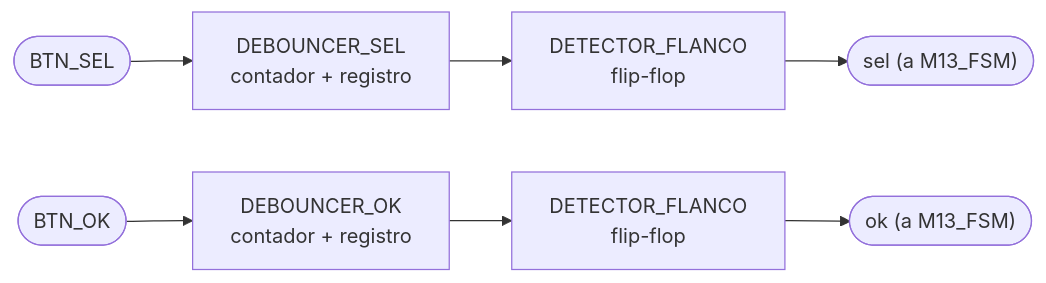
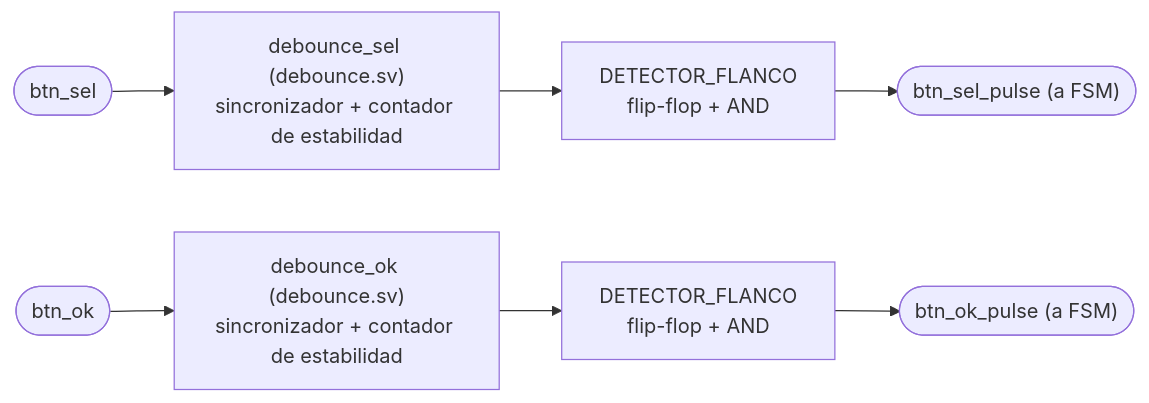
Before and after one commit to Taller-de-diseno-digital-GR01/Proyecto-2-Ahorcado: the tenth of 14 diagrams in docs/diseño/diagramas/nivel03.md, drawn with Mermaid. The commit also changed other lines of this file and 7 other files, not shown here.

````diff
--- a/docs/diseño/diagramas/nivel03.md
+++ b/docs/diseño/diagramas/nivel03.md
@@ -456,9 +496,9 @@
 ```mermaid
 flowchart LR
-    IN_SEL(["BTN_SEL"]) --> DEB1["DEBOUNCER_SEL<br/>contador + registro"]
-    DEB1 --> EDGE1["DETECTOR_FLANCO<br/>flip-flop"]
-    EDGE1 --> OUT_SEL(["sel (a M13_FSM)"])
-    IN_OK(["BTN_OK"]) --> DEB2["DEBOUNCER_OK<br/>contador + registro"]
-    DEB2 --> EDGE2["DETECTOR_FLANCO<br/>flip-flop"]
-    EDGE2 --> OUT_OK(["ok (a M13_FSM)"])
+    IN_SEL(["btn_sel"]) --> DEB1["debounce_sel (debounce.sv)<br/>sincronizador + contador de estabilidad"]
+    DEB1 --> EDGE1["DETECTOR_FLANCO<br/>flip-flop + AND"]
+    EDGE1 --> OUT_SEL(["btn_sel_pulse (a FSM)"])
+    IN_OK(["btn_ok"]) --> DEB2["debounce_ok (debounce.sv)<br/>sincronizador + contador de estabilidad"]
+    DEB2 --> EDGE2["DETECTOR_FLANCO<br/>flip-flop + AND"]
+    EDGE2 --> OUT_OK(["btn_ok_pulse (a FSM)"])
 ```
````
